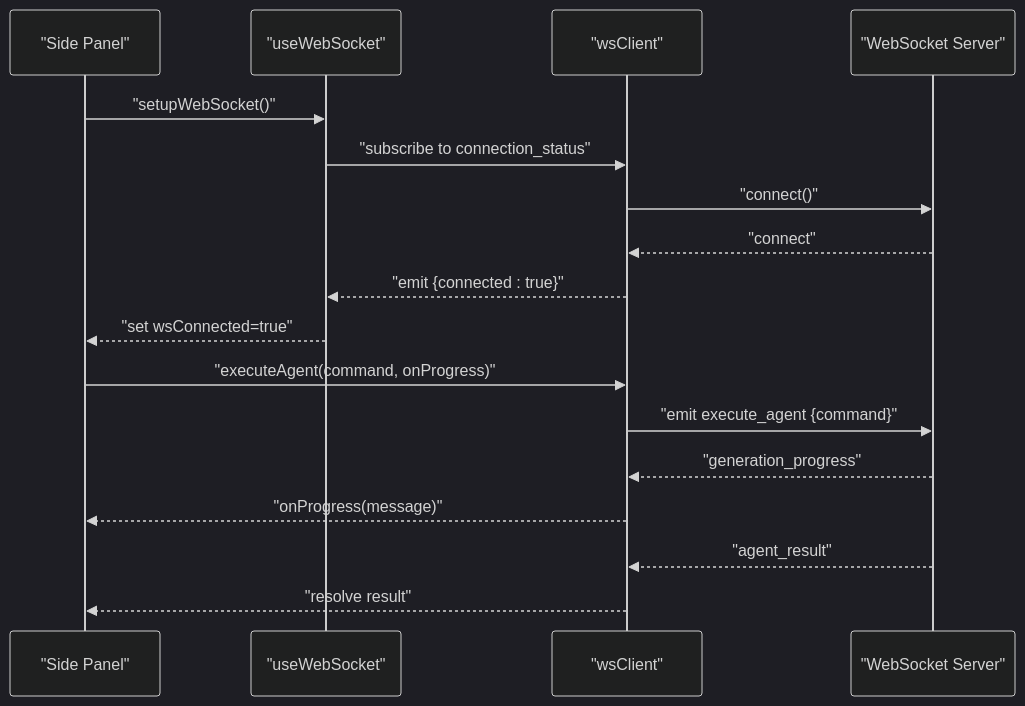
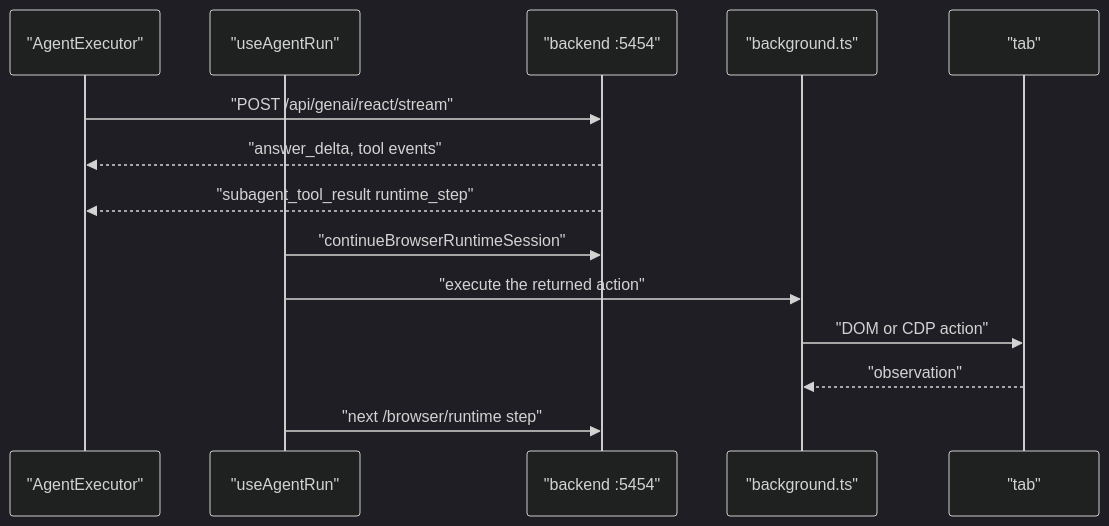
The fifth of 6 diagrams in src/data/docs/agentic-browser/System Architecture/Browser Extension Architecture.md (tashifkhan/tashif.codes), drawn with Mermaid (dark theme) before and after one commit. The commit also changed other lines of this file and 114 other files, not shown here.

````diff
--- a/src/data/docs/agentic-browser/System Architecture/Browser Extension Architecture.md
+++ b/src/data/docs/agentic-browser/System Architecture/Browser Extension Architecture.md
@@ -168,19 +193,16 @@
 ```mermaid
 sequenceDiagram
-participant SP as "Side Panel"
-participant Hook as "useWebSocket"
-participant WSClient as "wsClient"
-participant Server as "WebSocket Server"
-SP->>Hook : "setupWebSocket()"
-Hook->>WSClient : "subscribe to connection_status"
-WSClient->>Server : "connect()"
-Server-->>WSClient : "connect"
-WSClient-->>Hook : "emit {connected : true}"
-Hook-->>SP : "set wsConnected=true"
-SP->>WSClient : "executeAgent(command, onProgress)"
-WSClient->>Server : "emit execute_agent {command}"
-Server-->>WSClient : "generation_progress"
-WSClient-->>SP : "onProgress(message)"
-Server-->>WSClient : "agent_result"
-WSClient-->>SP : "resolve result"
+  participant UI as "AgentExecutor"
+  participant Hook as "useAgentRun"
+  participant API as "backend :5454"
+  participant BG as "background.ts"
+  participant Tab as "tab"
+  UI->>API: "POST /api/genai/react/stream"
+  API-->>UI: "answer_delta, tool events"
+  API-->>UI: "subagent_tool_result runtime_step"
+  Hook->>API: "continueBrowserRuntimeSession"
+  Hook->>BG: "execute the returned action"
+  BG->>Tab: "DOM or CDP action"
+  Tab-->>BG: "observation"
+  Hook->>API: "next /browser/runtime step"
 ```
````
